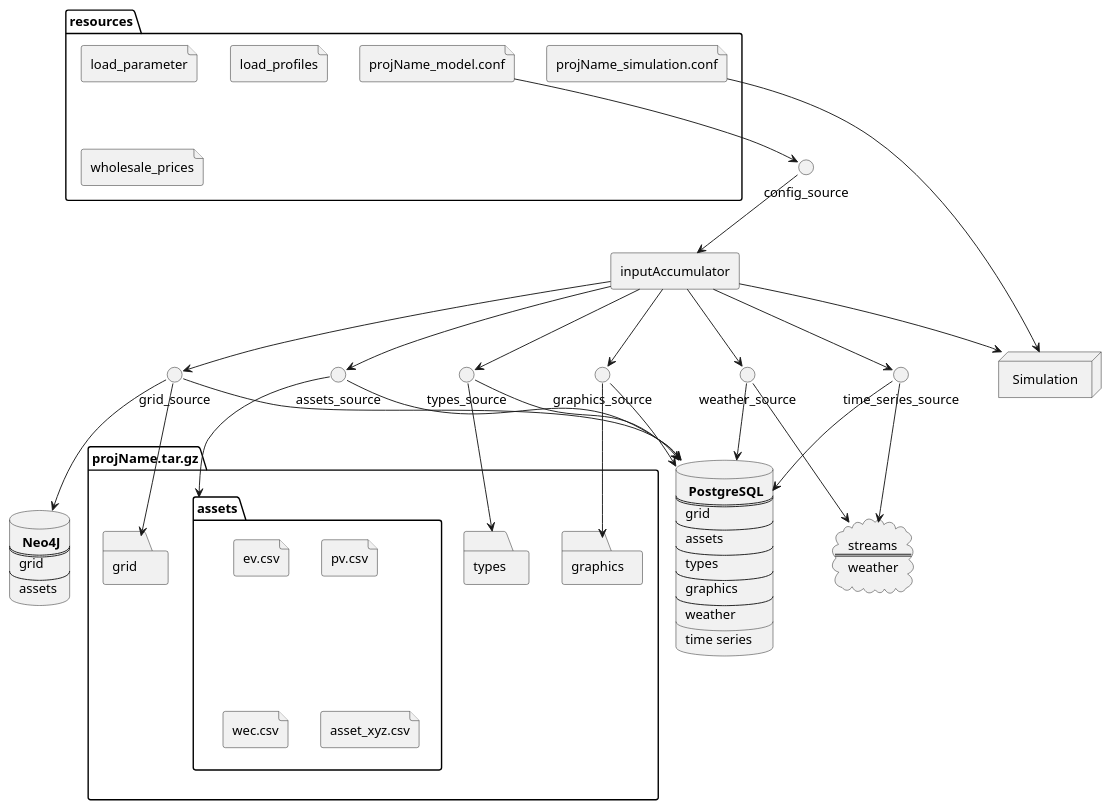
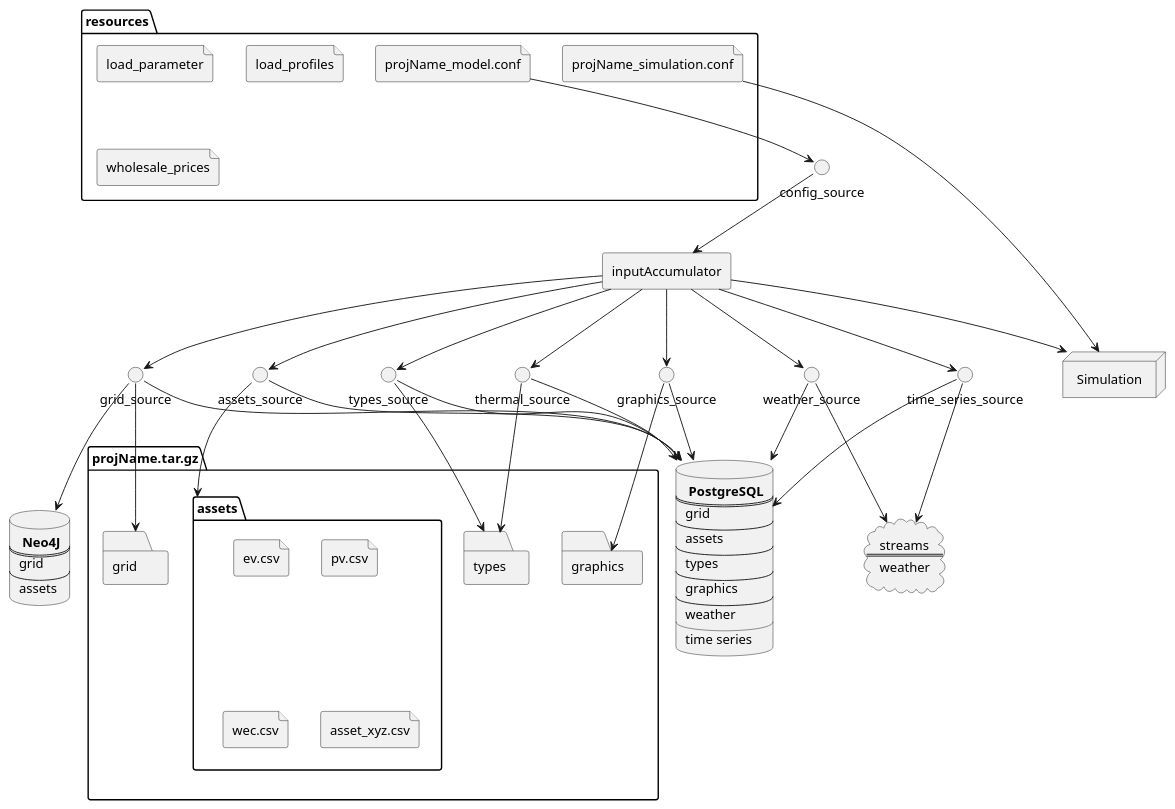
One commit to ie3-institute/PowerSystemDataModel changed the diagram in docs/uml/main/InputDataDeployment.puml. Above: the diagram before and after it, drawn with PlantUML. The commit also changed 2 other files, not shown here.

Commit message:
added thermal source to documentation + let ThermalSource extend DataSource interface

```diff
--- a/docs/uml/main/InputDataDeployment.puml
+++ b/docs/uml/main/InputDataDeployment.puml
@@ -1,91 +1,96 @@
 @startuml
 database psql [
     <b> PostgreSQL
     ==
     grid
     --
     assets
     --
     types
     --
     graphics
     --
     weather
     __
     time series
 ]
 database neo4j [
     <b> Neo4J
     ==
     grid
     --
     assets
 ]
 folder projName.tar.gz {
 folder assets {
 file ev.csv
 file pv.csv
 file wec.csv
 file asset_xyz.csv
 }
 folder grid
 folder types
 folder graphics
 }
 folder resources {
 file projName_model.conf
 file projName_simulation.conf
 file load_parameter
 file load_profiles
 file wholesale_prices
 }
 cloud streams [
 streams
 ==
 weather
 ]
 interface grid_source
 interface assets_source
 interface types_source
+interface thermal_source
 interface graphics_source
 interface weather_source
 interface time_series_source
 interface config_source
 agent inputAccumulator
 node "Simulation"
 
 grid_source --> psql
 grid_source --> neo4j
 grid_source --> grid
 
 assets_source --> psql
 assets_source --> assets
 
 types_source --> psql
 types_source --> types
+
+thermal_source --> psql
+thermal_source --> types
 
 graphics_source --> psql
 graphics_source --> graphics
 
 weather_source --> psql
 weather_source --> streams
 
 time_series_source --> psql
 time_series_source --> streams
 
 config_source --> inputAccumulator
 
 inputAccumulator --> grid_source
 inputAccumulator --> assets_source
 inputAccumulator --> types_source
 inputAccumulator --> graphics_source
 inputAccumulator --> weather_source
 inputAccumulator --> time_series_source
+inputAccumulator --> thermal_source
 
 projName_model.conf --> config_source
 
 projName_simulation.conf --> Simulation
 
 inputAccumulator --> Simulation
 
 @enduml
```
